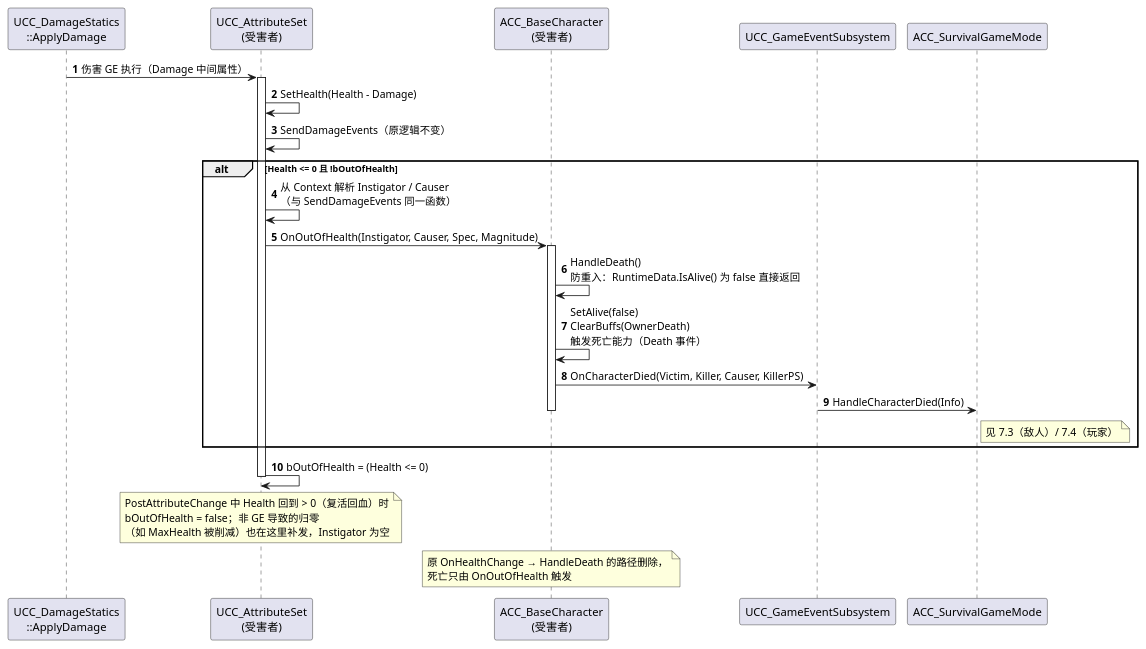
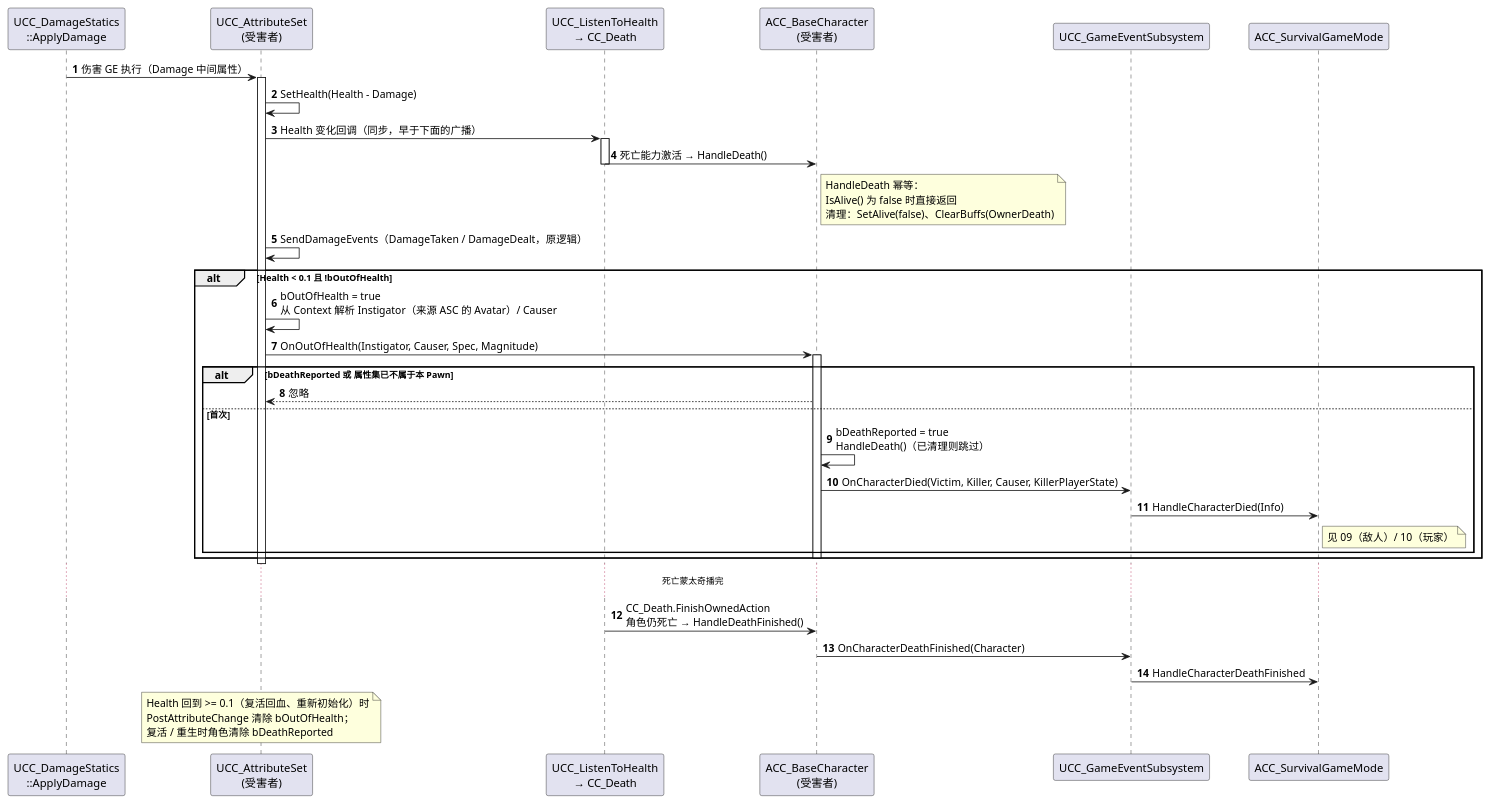
Before and after one commit to peng984251536/GAS_Demo: the seventh of 11 diagrams in Docs/SurvivalMode.zh-CN.md, drawn with PlantUML. The commit also changed other lines of this file and 141 other files, not shown here.

````diff
--- a/Docs/SurvivalMode.zh-CN.md
+++ b/Docs/SurvivalMode.zh-CN.md
@@ -569,41 +603,54 @@
 ```plantuml
 @startuml 死亡事件与击杀归属
 skinparam shadowing false
 skinparam defaultFontName "Microsoft YaHei"
 autonumber
 
 participant "UCC_DamageStatics\n::ApplyDamage" as DMG
 participant "UCC_AttributeSet\n(受害者)" as AS
+participant "UCC_ListenToHealth\n→ CC_Death" as LH
 participant "ACC_BaseCharacter\n(受害者)" as CH
 participant "UCC_GameEventSubsystem" as GES
 participant "ACC_SurvivalGameMode" as GM
 
 DMG -> AS : 伤害 GE 执行（Damage 中间属性）
 activate AS
 AS -> AS : SetHealth(Health - Damage)
-AS -> AS : SendDamageEvents（原逻辑不变）
-alt Health <= 0 且 !bOutOfHealth
-  AS -> AS : 从 Context 解析 Instigator / Causer\n（与 SendDamageEvents 同一函数）
+AS -> LH : Health 变化回调（同步，早于下面的广播）
+activate LH
+LH -> CH : 死亡能力激活 → HandleDeath()
+note right of CH
+  HandleDeath 幂等：
+  IsAlive() 为 false 时直接返回
+  清理：SetAlive(false)、ClearBuffs(OwnerDeath)
+end note
+deactivate LH
+AS -> AS : SendDamageEvents（DamageTaken / DamageDealt，原逻辑）
+alt Health < 0.1 且 !bOutOfHealth
+  AS -> AS : bOutOfHealth = true\n从 Context 解析 Instigator（来源 ASC 的 Avatar）/ Causer
   AS -> CH : OnOutOfHealth(Instigator, Causer, Spec, Magnitude)
   activate CH
-  CH -> CH : HandleDeath()\n防重入：RuntimeData.IsAlive() 为 false 直接返回
-  CH -> CH : SetAlive(false)\nClearBuffs(OwnerDeath)\n触发死亡能力（Death 事件）
-  CH -> GES : OnCharacterDied(Victim, Killer, Causer, KillerPS)
-  GES -> GM : HandleCharacterDied(Info)
-  note right of GM : 见 7.3（敌人）/ 7.4（玩家）
+  alt bDeathReported 或 属性集已不属于本 Pawn
+    CH --> AS : 忽略
+  else 首次
+    CH -> CH : bDeathReported = true\nHandleDeath()（已清理则跳过）
+    CH -> GES : OnCharacterDied(Victim, Killer, Causer, KillerPlayerState)
+    GES -> GM : HandleCharacterDied(Info)
+    note right of GM : 见 09（敌人）/ 10（玩家）
+  end
   deactivate CH
 end
-AS -> AS : bOutOfHealth = (Health <= 0)
 deactivate AS
 
+... 死亡蒙太奇播完 ...
+LH -> CH : CC_Death.FinishOwnedAction\n角色仍死亡 → HandleDeathFinished()
+CH -> GES : OnCharacterDeathFinished(Character)
+GES -> GM : HandleCharacterDeathFinished
+
 note over AS
-  PostAttributeChange 中 Health 回到 > 0（复活回血）时
-  bOutOfHealth = false；非 GE 导致的归零
-  （如 MaxHealth 被削减）也在这里补发，Instigator 为空
-end note
-note over CH
-  原 OnHealthChange → HandleDeath 的路径删除，
-  死亡只由 OnOutOfHealth 触发
+  Health 回到 >= 0.1（复活回血、重新初始化）时
+  PostAttributeChange 清除 bOutOfHealth；
+  复活 / 重生时角色清除 bDeathReported
 end note
 @enduml
 ```
````
